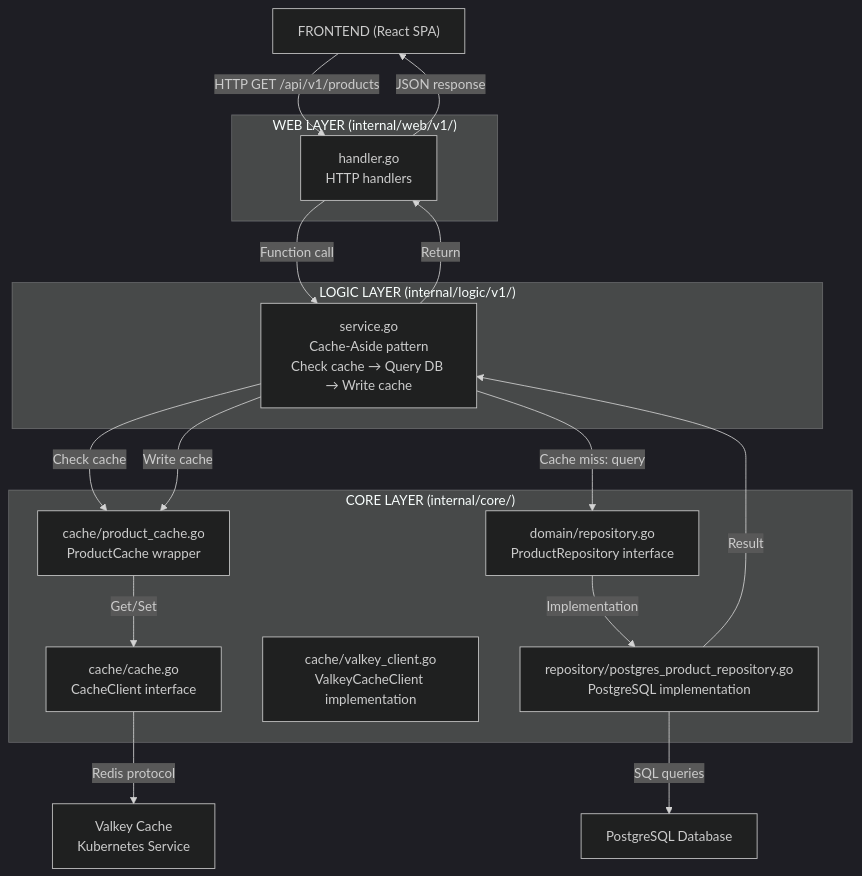
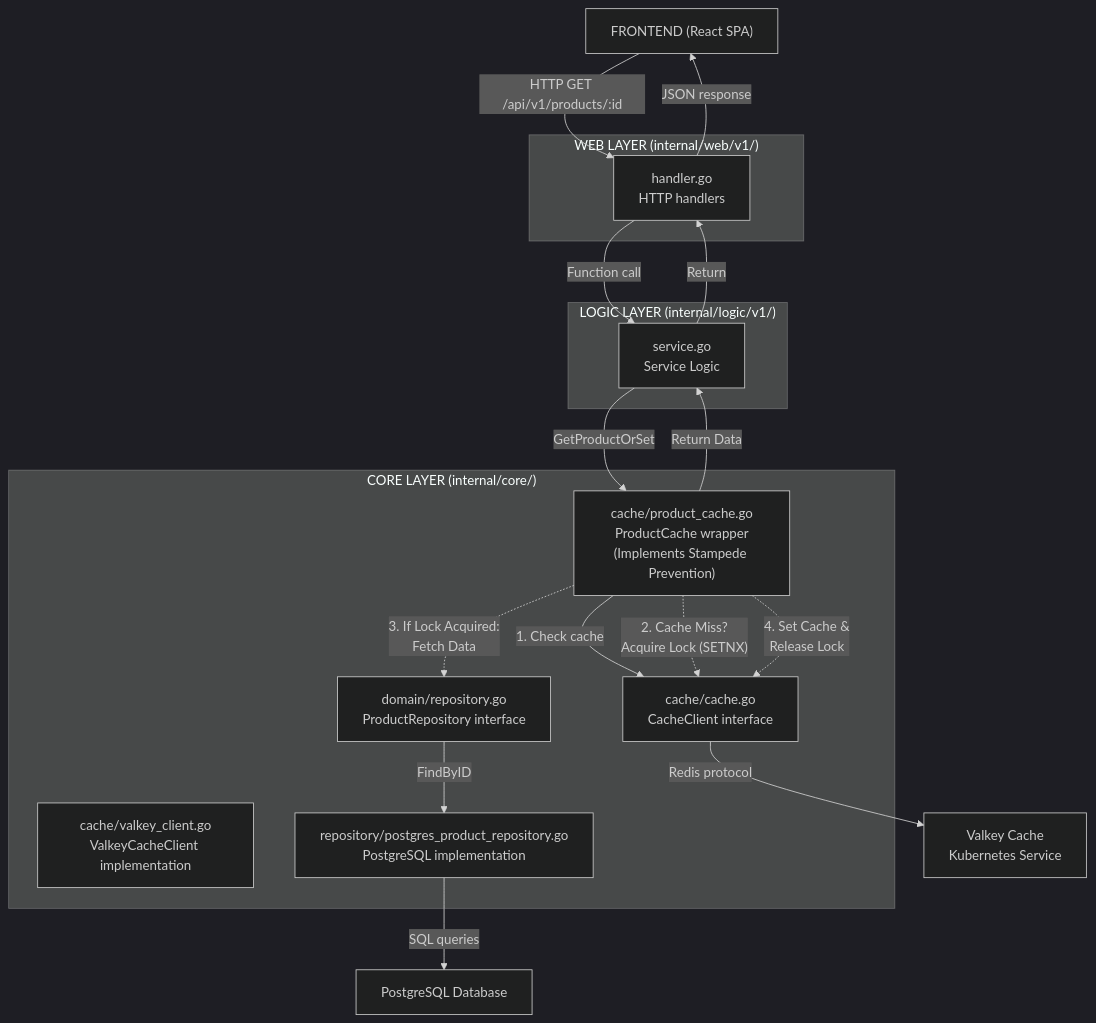
The diagram in docs/caching/CACHING.md (duynhlab/homelab), drawn with Mermaid (dark theme) before and after one commit. The commit also changed other lines of this file and 5 other files, not shown here.

````diff
--- a/docs/caching/CACHING.md
+++ b/docs/caching/CACHING.md
@@ -18,36 +18,37 @@
 ```mermaid
 flowchart TD
     Frontend["FRONTEND (React SPA)"]
     
     subgraph WebLayer["WEB LAYER (internal/web/v1/)"]
         WebHandler["handler.go<br/>HTTP handlers"]
     end
     
     subgraph LogicLayer["LOGIC LAYER (internal/logic/v1/)"]
-        LogicService["service.go<br/>Cache-Aside pattern<br/>Check cache → Query DB → Write cache"]
+        LogicService["service.go<br/>Service Logic"]
     end
     
     subgraph CoreLayer["CORE LAYER (internal/core/)"]
-        ProductCache["cache/product_cache.go<br/>ProductCache wrapper"]
+        ProductCache["cache/product_cache.go<br/>ProductCache wrapper<br/>(Implements Stampede Prevention)"]
         CacheClient["cache/cache.go<br/>CacheClient interface"]
         ValkeyClient["cache/valkey_client.go<br/>ValkeyCacheClient implementation"]
         RepoInterface["domain/repository.go<br/>ProductRepository interface"]
         RepoImpl["repository/postgres_product_repository.go<br/>PostgreSQL implementation"]
     end
     
     Valkey["Valkey Cache<br/>Kubernetes Service"]
     PostgreSQL["PostgreSQL Database"]
     
-    Frontend -->|"HTTP GET /api/v1/products"| WebHandler
+    Frontend -->|"HTTP GET /api/v1/products/:id"| WebHandler
     WebHandler -->|"Function call"| LogicService
-    LogicService -->|"Check cache"| ProductCache
-    ProductCache -->|"Get/Set"| CacheClient
+    LogicService -->|"GetProductOrSet"| ProductCache
+    ProductCache -->|"1. Check cache"| CacheClient
     CacheClient -->|"Redis protocol"| Valkey
-    LogicService -->|"Cache miss: query"| RepoInterface
-    RepoInterface -->|"Implementation"| RepoImpl
+    ProductCache -.->|"2. Cache Miss?<br/>Acquire Lock (SETNX)"| CacheClient
+    ProductCache -.->|"3. If Lock Acquired:<br/>Fetch Data"| RepoInterface
+    RepoInterface -->|"FindByID"| RepoImpl
     RepoImpl -->|"SQL queries"| PostgreSQL
-    RepoImpl -->|"Result"| LogicService
-    LogicService -->|"Write cache"| ProductCache
+    ProductCache -.->|"4. Set Cache &<br/>Release Lock"| CacheClient
+    ProductCache -->|"Return Data"| LogicService
     LogicService -->|"Return"| WebHandler
     WebHandler -->|"JSON response"| Frontend
 ```
````
